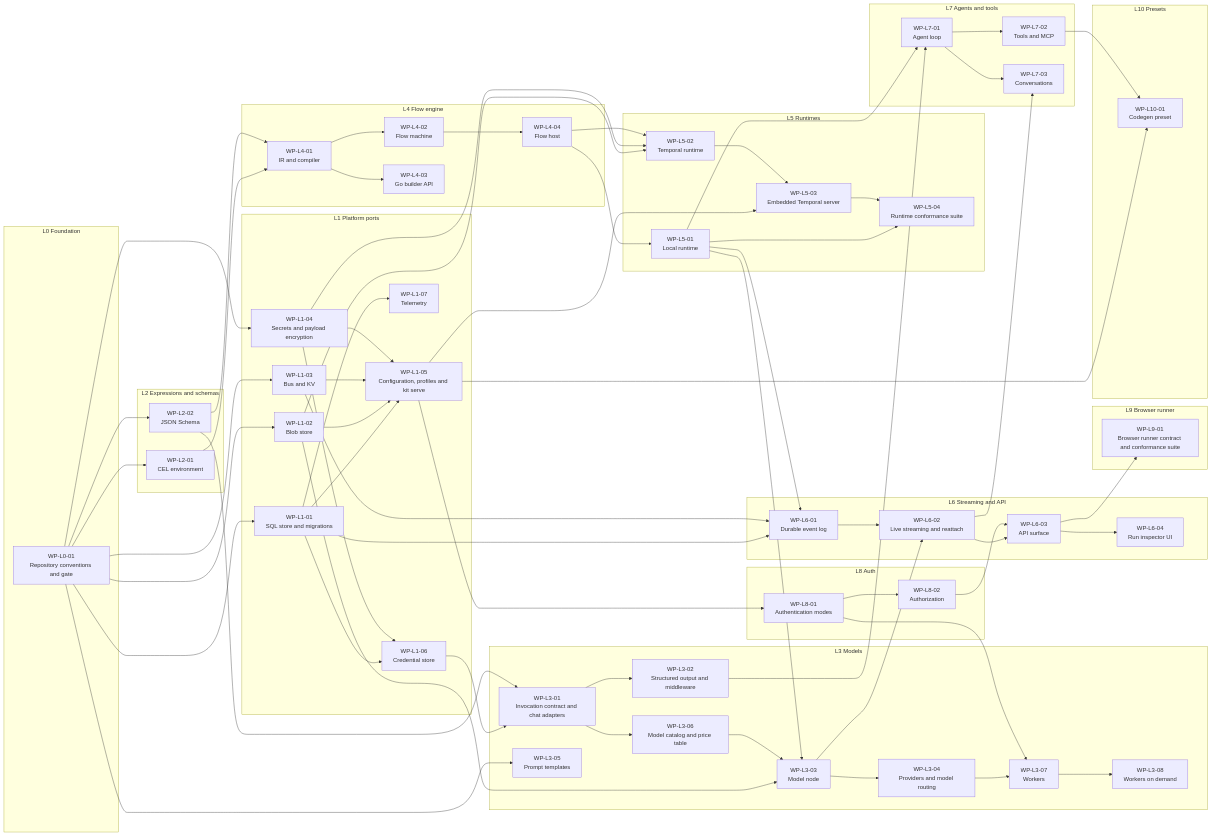
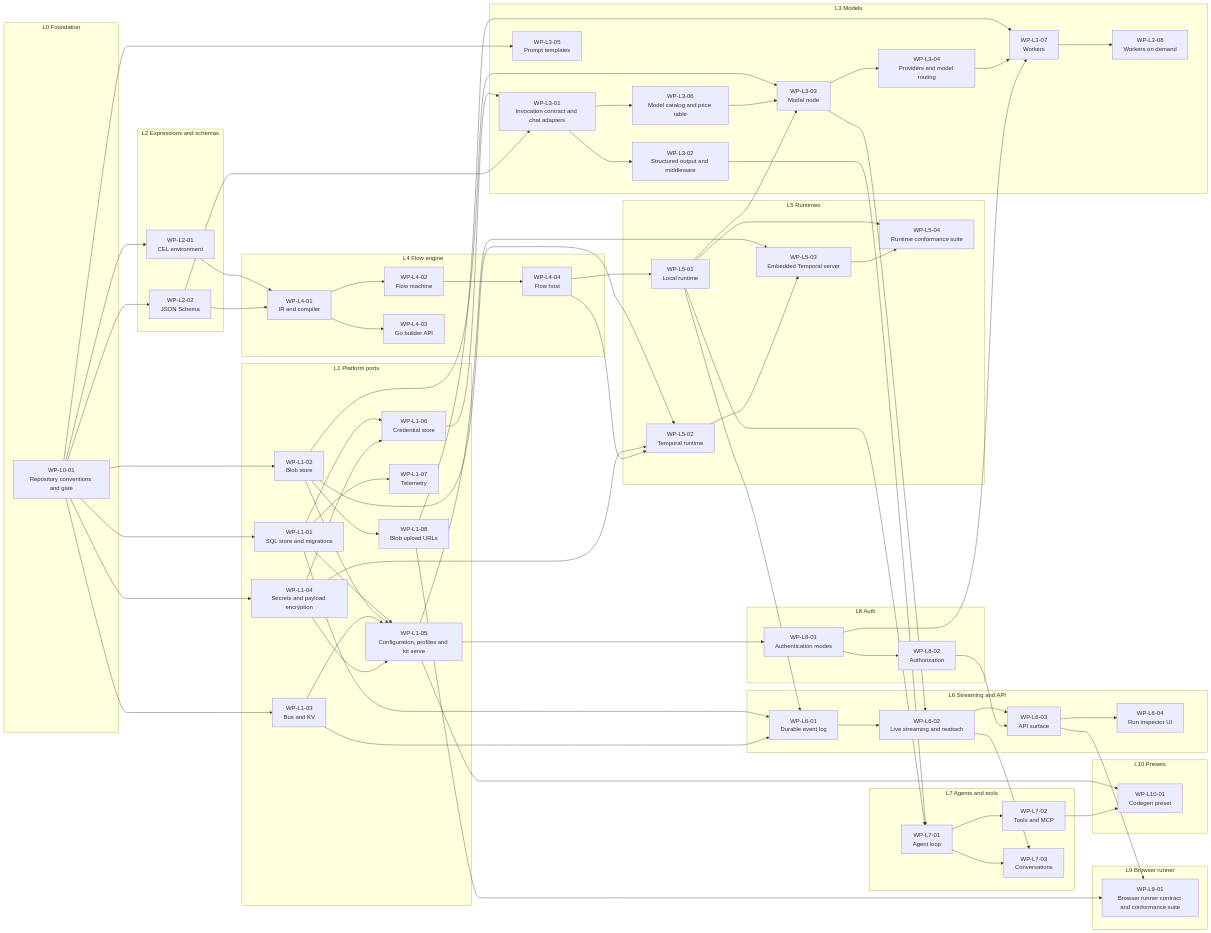
One commit to epzero/basamento changed the second of 2 diagrams in docs/roadmap/README.md. Above: the diagram before and after it, drawn with Mermaid. The commit also changed 8 other files, not shown here.

```diff
--- a/docs/roadmap/README.md
+++ b/docs/roadmap/README.md
@@ -74,6 +74,7 @@
     WP_L1_05["WP-L1-05<br/>Configuration, profiles and kit serve"]
     WP_L1_06["WP-L1-06<br/>Credential store"]
     WP_L1_07["WP-L1-07<br/>Telemetry"]
+    WP_L1_08["WP-L1-08<br/>Blob upload URLs"]
   end
   subgraph L2_epic["L2 Expressions and schemas"]
     WP_L2_01["WP-L2-01<br/>CEL environment"]
@@ -134,6 +135,7 @@
   WP_L1_01 --> WP_L1_07
   WP_L1_01 --> WP_L6_01
   WP_L1_02 --> WP_L1_05
+  WP_L1_02 --> WP_L1_08
   WP_L1_02 --> WP_L3_03
   WP_L1_02 --> WP_L5_02
   WP_L1_03 --> WP_L1_05
@@ -145,6 +147,8 @@
   WP_L1_05 --> WP_L5_03
   WP_L1_05 --> WP_L8_01
   WP_L1_06 --> WP_L3_01
+  WP_L1_08 --> WP_L3_07
+  WP_L1_08 --> WP_L9_01
   WP_L2_01 --> WP_L4_01
   WP_L2_02 --> WP_L3_01
   WP_L2_02 --> WP_L4_01
```
